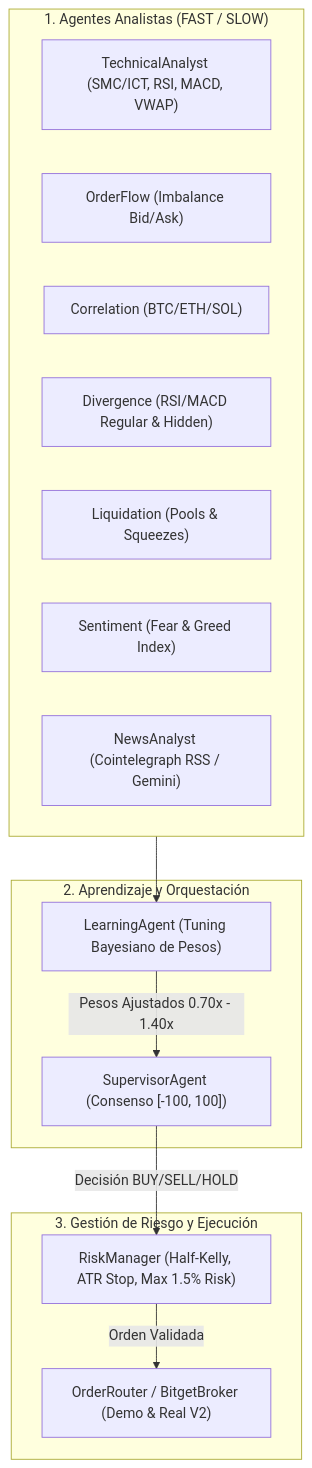
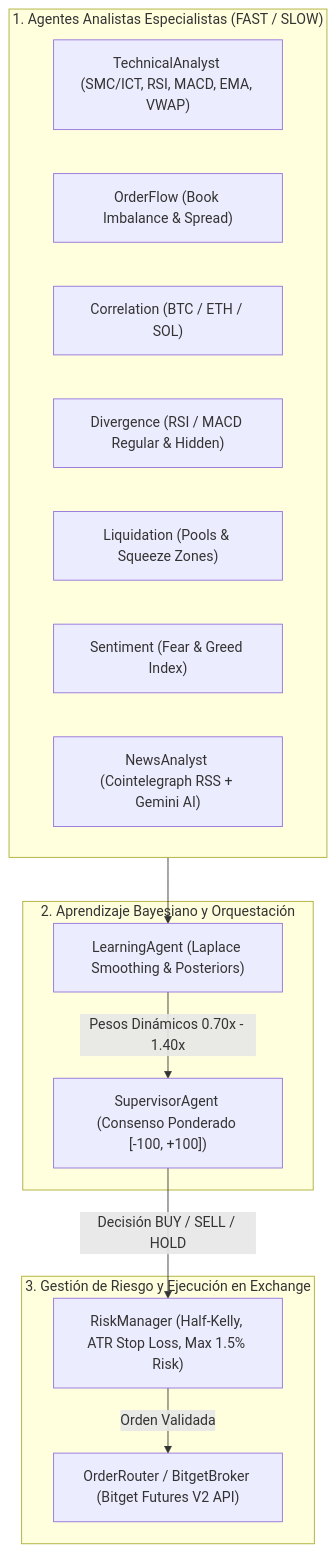
The diagram in README.md (jsoto-06/Atlas-AI-Trading), drawn with Mermaid before and after one commit. The commit also changed other lines of this file, not shown here.

Commit message:
docs: update README.md with comprehensive multi-agent specs & repo links

````diff
--- a/README.md
+++ b/README.md
@@ -28,27 +30,27 @@
 ```mermaid
 flowchart TD
-    subgraph Capa1["1. Agentes Analistas (FAST / SLOW)"]
-        TA["TechnicalAnalyst (SMC/ICT, RSI, MACD, VWAP)"]
-        OF["OrderFlow (Imbalance Bid/Ask)"]
-        CO["Correlation (BTC/ETH/SOL)"]
-        DV["Divergence (RSI/MACD Regular & Hidden)"]
-        LQ["Liquidation (Pools & Squeezes)"]
+    subgraph Capa1["1. Agentes Analistas Especialistas (FAST / SLOW)"]
+        TA["TechnicalAnalyst (SMC/ICT, RSI, MACD, EMA, VWAP)"]
+        OF["OrderFlow (Book Imbalance & Spread)"]
+        CO["Correlation (BTC / ETH / SOL)"]
+        DV["Divergence (RSI / MACD Regular & Hidden)"]
+        LQ["Liquidation (Pools & Squeeze Zones)"]
         ST["Sentiment (Fear & Greed Index)"]
-        NW["NewsAnalyst (Cointelegraph RSS / Gemini)"]
+        NW["NewsAnalyst (Cointelegraph RSS + Gemini AI)"]
     end
 
-    subgraph Capa2["2. Aprendizaje y Orquestación"]
-        LA["LearningAgent (Tuning Bayesiano de Pesos)"]
-        SA["SupervisorAgent (Consenso [-100, 100])"]
+    subgraph Capa2["2. Aprendizaje Bayesiano y Orquestación"]
+        LA["LearningAgent (Laplace Smoothing & Posteriors)"]
+        SA["SupervisorAgent (Consenso Ponderado [-100, +100])"]
     end
 
-    subgraph Capa3["3. Gestión de Riesgo y Ejecución"]
-        RM["RiskManager (Half-Kelly, ATR Stop, Max 1.5% Risk)"]
-        EX["OrderRouter / BitgetBroker (Demo & Real V2)"]
+    subgraph Capa3["3. Gestión de Riesgo y Ejecución en Exchange"]
+        RM["RiskManager (Half-Kelly, ATR Stop Loss, Max 1.5% Risk)"]
+        EX["OrderRouter / BitgetBroker (Bitget Futures V2 API)"]
     end
 
     Capa1 --> LA
-    LA -->|Pesos Ajustados 0.70x - 1.40x| SA
-    SA -->|Decisión BUY/SELL/HOLD| RM
+    LA -->|Pesos Dinámicos 0.70x - 1.40x| SA
+    SA -->|Decisión BUY / SELL / HOLD| RM
     RM -->|Orden Validada| EX
 ```
````
